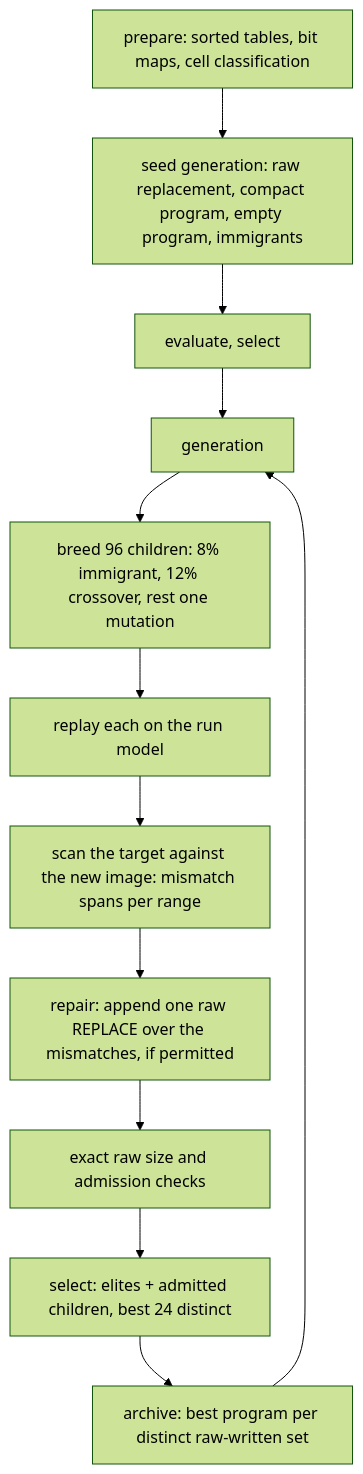
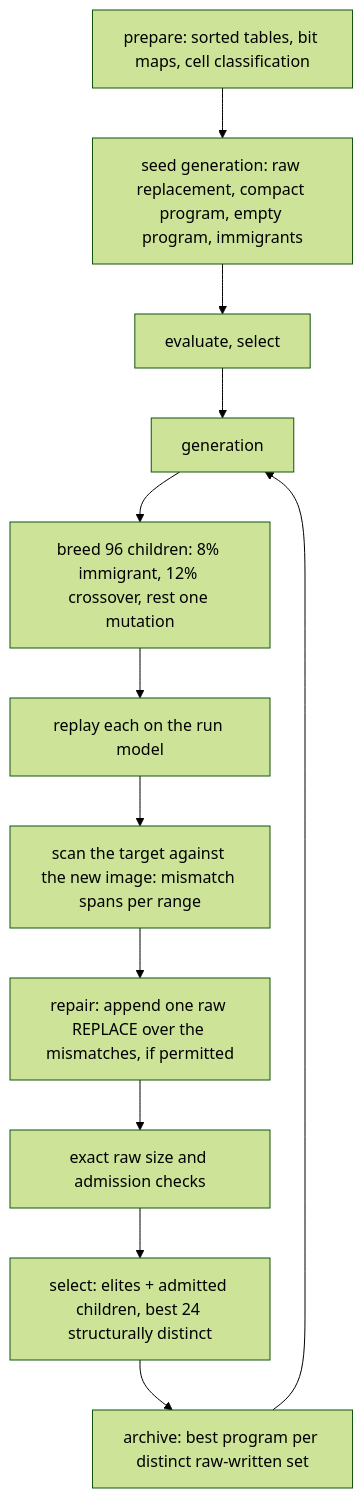
The seventh of 13 diagrams in docs/generator.md (thives/delta-update.rs), drawn with Mermaid (forest theme) before and after one commit. The commit also changed other lines of this file and 9 other files, not shown here.

````diff
--- a/docs/generator.md
+++ b/docs/generator.md
@@ -539,14 +539,14 @@
 ```mermaid
 flowchart TD
     I[prepare: sorted tables, bit maps, cell classification] --> SD
     SD[seed generation: raw replacement, compact program, empty program, immigrants] --> EV0[evaluate, select]
     EV0 --> G
     G[generation] --> BR[breed 96 children: 8% immigrant, 12% crossover, rest one mutation]
     BR --> RP[replay each on the run model]
     RP --> SC[scan the target against the new image: mismatch spans per range]
     SC --> RE[repair: append one raw REPLACE over the mismatches, if permitted]
     RE --> FT[exact raw size and admission checks]
-    FT --> SEL[select: elites + admitted children, best 24 distinct]
+    FT --> SEL[select: elites + admitted children, best 24 structurally distinct]
     SEL --> AR[archive: best program per distinct raw-written set]
     AR --> G
 ```
````
